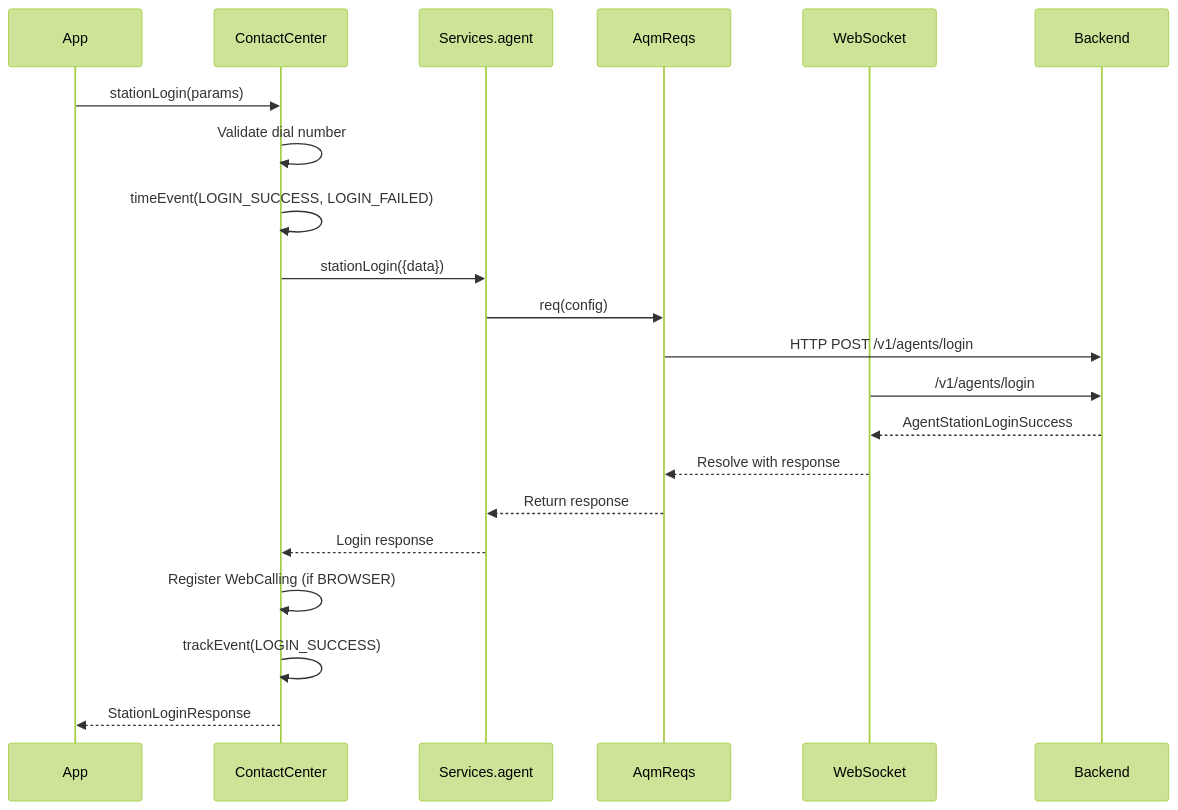
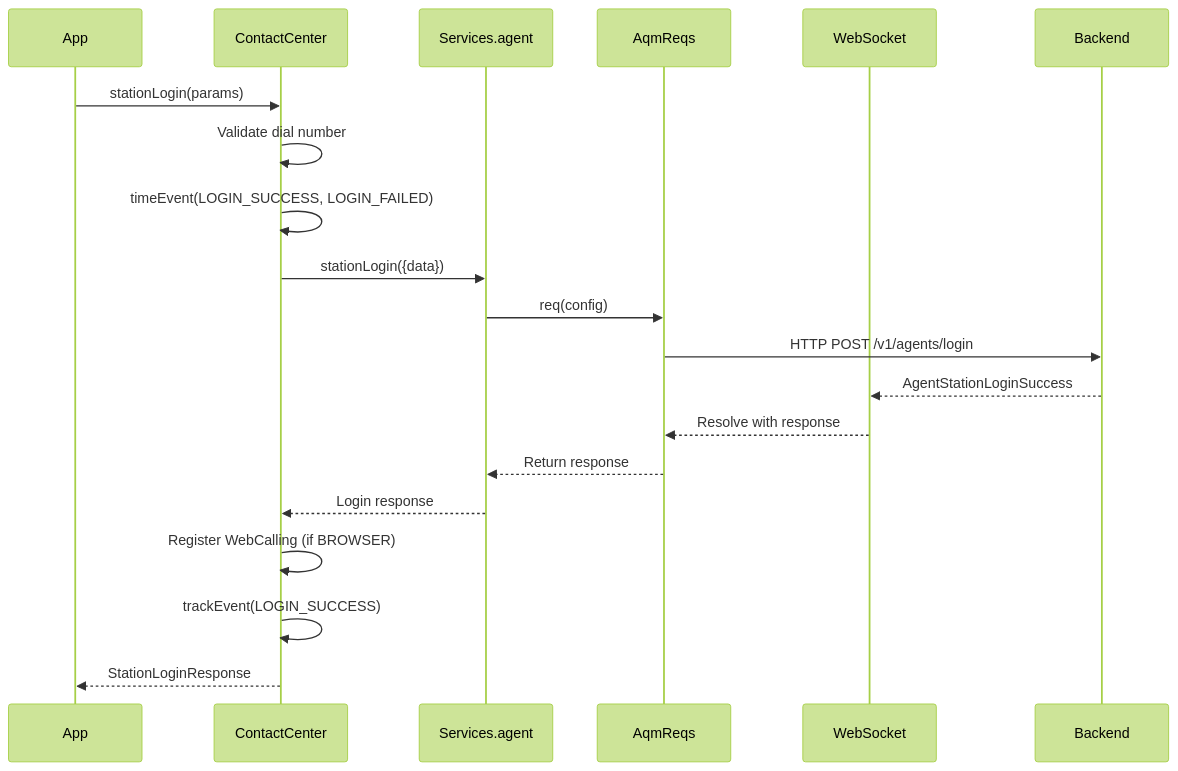
One commit to webex/webex-js-sdk changed the second of 5 diagrams in packages/@webex/contact-center/src/services/agent/ai-docs/ARCHITECTURE.md. Above: the diagram before and after it, drawn with Mermaid (forest theme). The commit also changed other lines of this file, not shown here.

Commit message:
docs(agents): review comments

````diff
--- a/packages/@webex/contact-center/src/services/agent/ai-docs/ARCHITECTURE.md
+++ b/packages/@webex/contact-center/src/services/agent/ai-docs/ARCHITECTURE.md
@@ -87,24 +87,23 @@
 ```mermaid
 sequenceDiagram
     participant App
     participant CC as ContactCenter
     participant Svc as Services.agent
     participant AQM as AqmReqs
     participant WS as WebSocket
     participant BE as Backend
-    
+
     App->>CC: stationLogin(params)
     CC->>CC: Validate dial number
     CC->>CC: timeEvent(LOGIN_SUCCESS, LOGIN_FAILED)
     CC->>Svc: stationLogin({data})
     Svc->>AQM: req(config)
-    AQM->>BE: HTTP POST /v1/agents/login  
-    WS->>BE: /v1/agents/login
+    AQM->>BE: HTTP POST /v1/agents/login
     BE-->>WS: AgentStationLoginSuccess
     WS-->>AQM: Resolve with response
     AQM-->>Svc: Return response
     Svc-->>CC: Login response
     CC->>CC: Register WebCalling (if BROWSER)
     CC->>CC: trackEvent(LOGIN_SUCCESS)
     CC-->>App: StationLoginResponse
 ```
````
